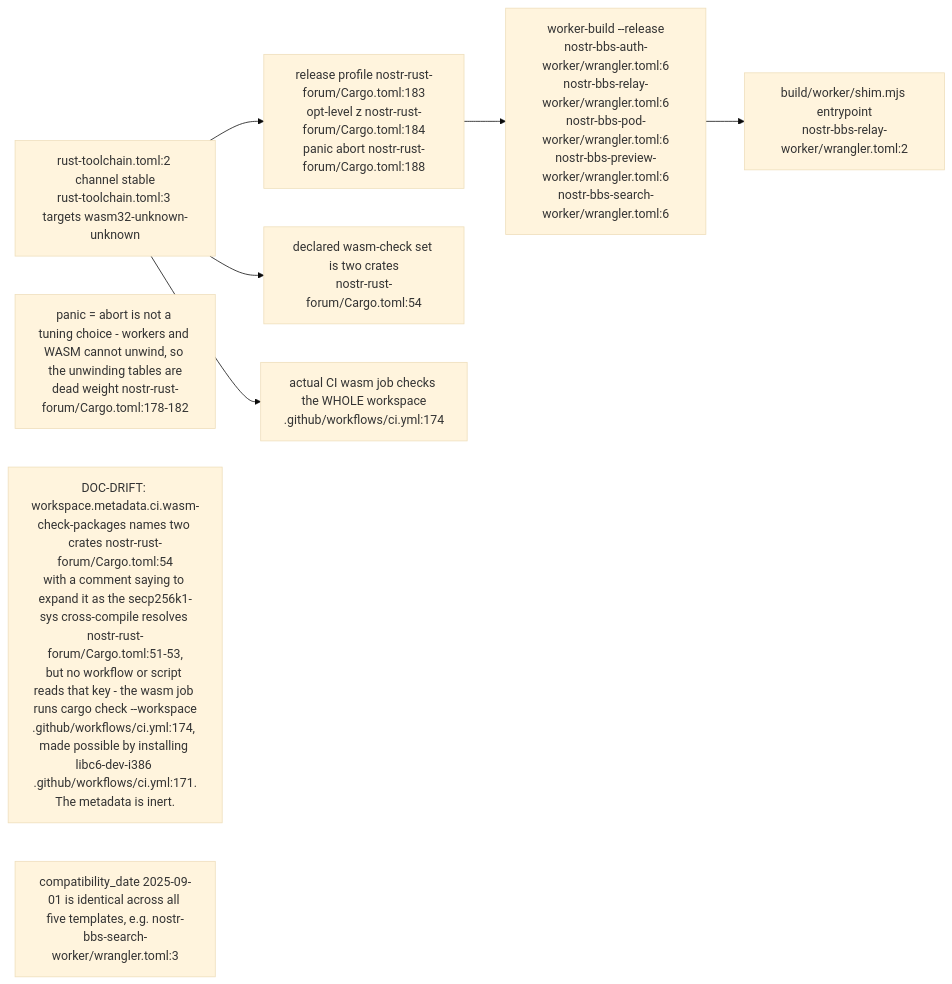
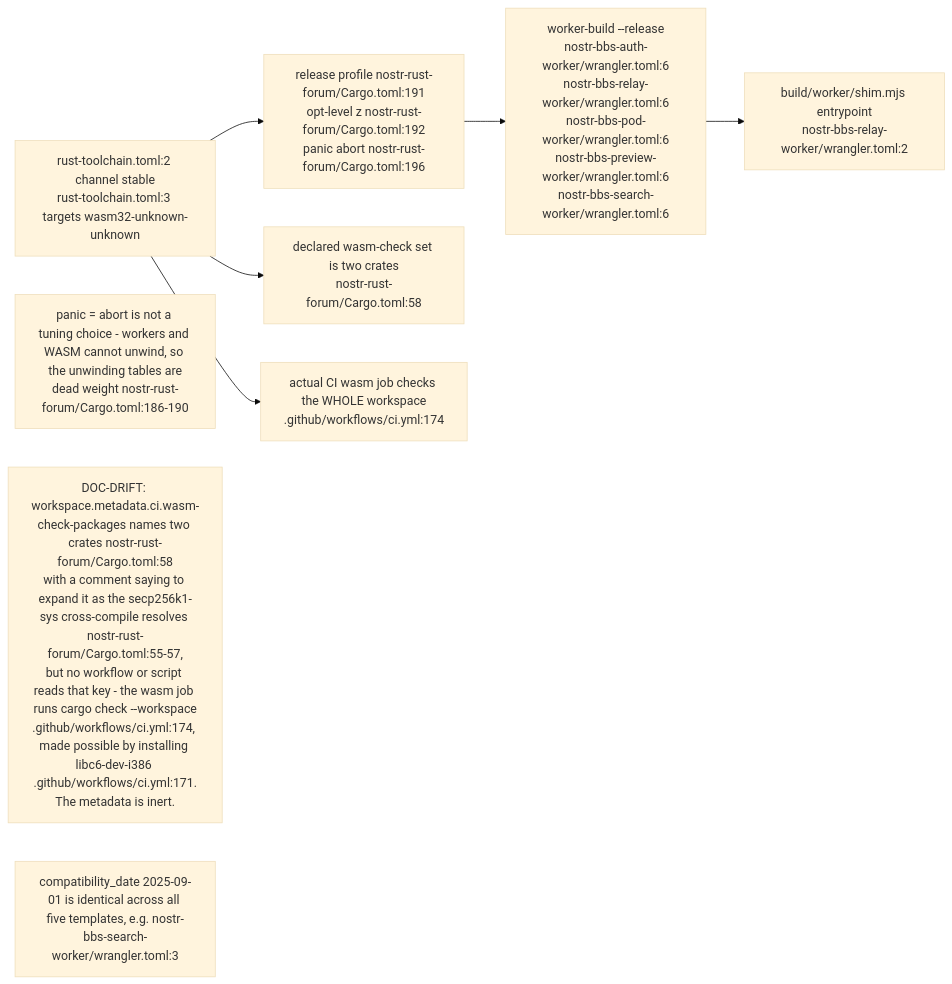
One commit to DreamLab-AI/VisionFlow changed the second of 6 diagrams in docs/diagrams/nostr-rust-forum/01-workspace-and-worker-topology.md. Above: the diagram before and after it, drawn with Mermaid (base theme). The commit also changed other lines of this file and 31 other files, not shown here.

````diff
--- a/docs/diagrams/nostr-rust-forum/01-workspace-and-worker-topology.md
+++ b/docs/diagrams/nostr-rust-forum/01-workspace-and-worker-topology.md
@@ -86,17 +86,17 @@
 ```mermaid
 flowchart LR
     TC["rust-toolchain.toml:2 channel stable<br/>rust-toolchain.toml:3 targets wasm32-unknown-unknown"]
-    PROF["release profile nostr-rust-forum/Cargo.toml:183<br/>opt-level z nostr-rust-forum/Cargo.toml:184<br/>panic abort nostr-rust-forum/Cargo.toml:188"]
+    PROF["release profile nostr-rust-forum/Cargo.toml:191<br/>opt-level z nostr-rust-forum/Cargo.toml:192<br/>panic abort nostr-rust-forum/Cargo.toml:196"]
     WB["worker-build --release<br/>nostr-bbs-auth-worker/wrangler.toml:6<br/>nostr-bbs-relay-worker/wrangler.toml:6<br/>nostr-bbs-pod-worker/wrangler.toml:6<br/>nostr-bbs-preview-worker/wrangler.toml:6<br/>nostr-bbs-search-worker/wrangler.toml:6"]
     SHIM["build/worker/shim.mjs entrypoint<br/>nostr-bbs-relay-worker/wrangler.toml:2"]
-    CIW["declared wasm-check set is two crates<br/>nostr-rust-forum/Cargo.toml:54"]
+    CIW["declared wasm-check set is two crates<br/>nostr-rust-forum/Cargo.toml:58"]
     CIJOB["actual CI wasm job checks the WHOLE workspace<br/>.github/workflows/ci.yml:174"]
 
     TC --> PROF --> WB --> SHIM
     TC --> CIW
     TC --> CIJOB
 
-    N1["panic = abort is not a tuning choice - workers and WASM cannot unwind, so the unwinding tables are<br/>dead weight nostr-rust-forum/Cargo.toml:178-182"]
-    N2["DOC-DRIFT: workspace.metadata.ci.wasm-check-packages names two crates nostr-rust-forum/Cargo.toml:54<br/>with a comment saying to expand it as the secp256k1-sys cross-compile resolves nostr-rust-forum/Cargo.toml:51-53,<br/>but no workflow or script reads that key - the wasm job runs cargo check --workspace<br/>.github/workflows/ci.yml:174, made possible by installing libc6-dev-i386 .github/workflows/ci.yml:171.<br/>The metadata is inert."]
+    N1["panic = abort is not a tuning choice - workers and WASM cannot unwind, so the unwinding tables are<br/>dead weight nostr-rust-forum/Cargo.toml:186-190"]
+    N2["DOC-DRIFT: workspace.metadata.ci.wasm-check-packages names two crates nostr-rust-forum/Cargo.toml:58<br/>with a comment saying to expand it as the secp256k1-sys cross-compile resolves nostr-rust-forum/Cargo.toml:55-57,<br/>but no workflow or script reads that key - the wasm job runs cargo check --workspace<br/>.github/workflows/ci.yml:174, made possible by installing libc6-dev-i386 .github/workflows/ci.yml:171.<br/>The metadata is inert."]
     N3["compatibility_date 2025-09-01 is identical across all five templates, e.g. nostr-bbs-search-worker/wrangler.toml:3"]
 ```
````
